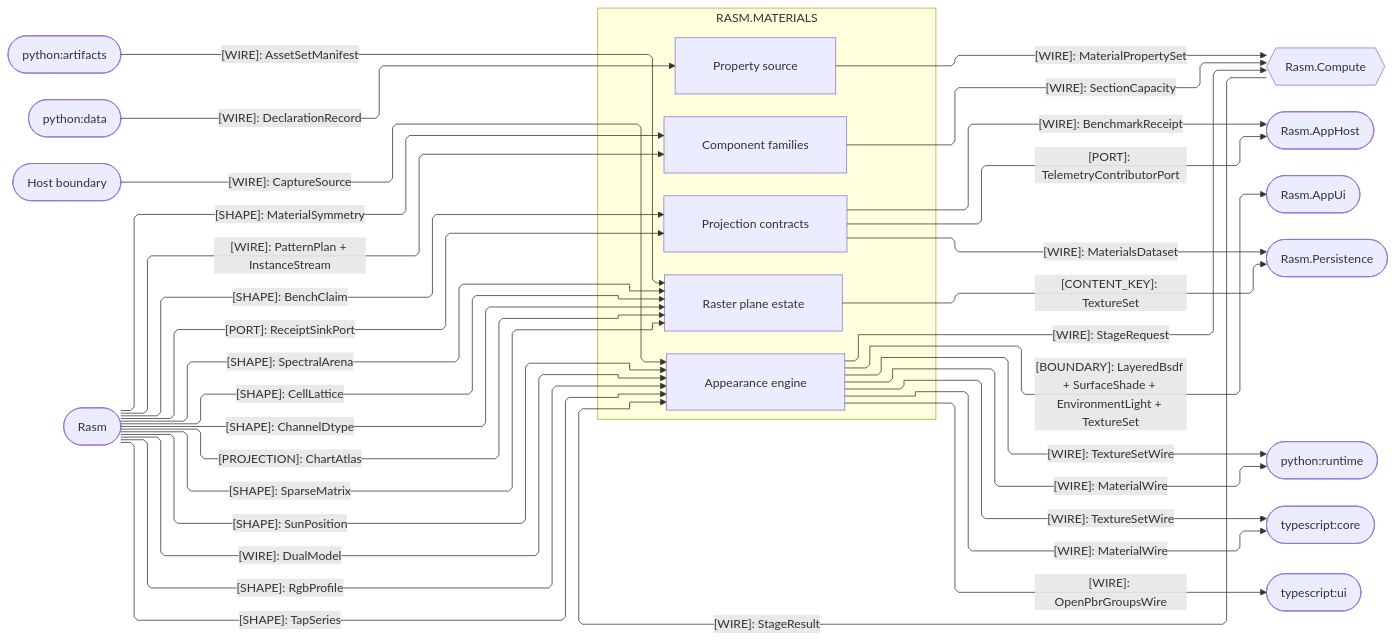
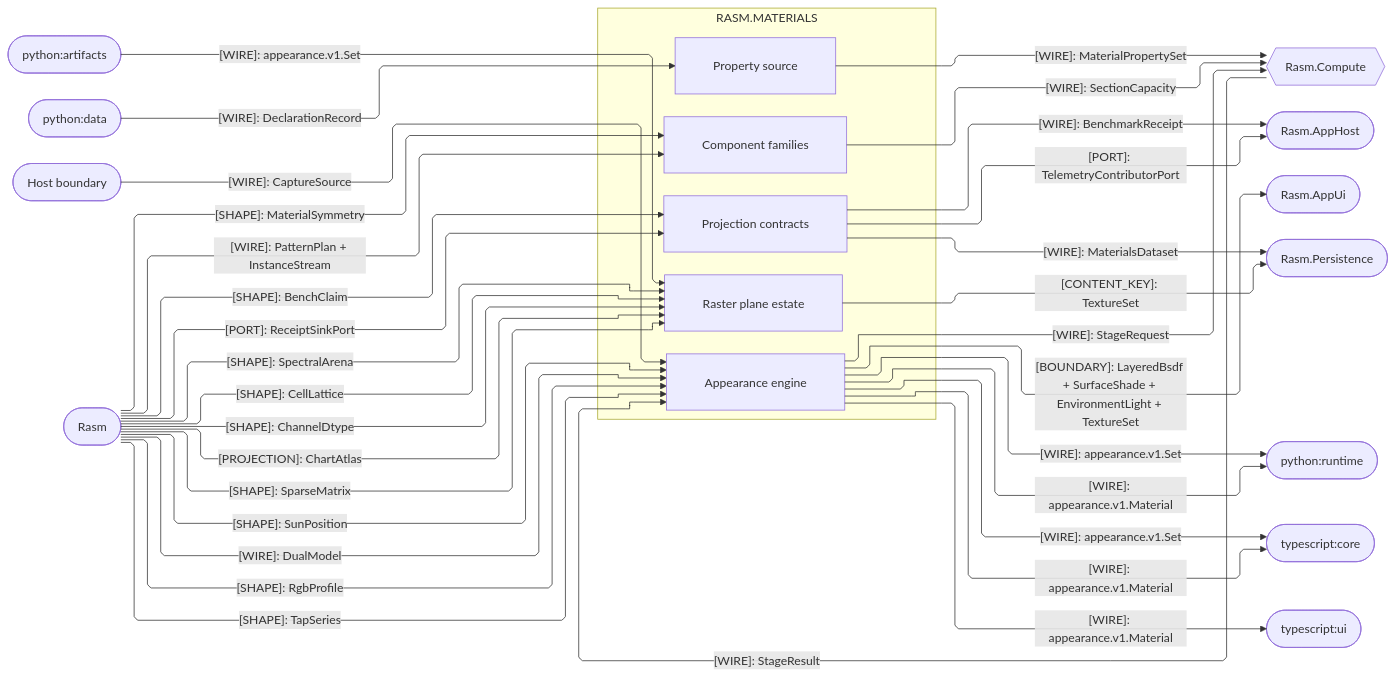
One commit to bsamiee/Rasm changed the third of 5 diagrams in libs/csharp/Rasm.Materials/ARCHITECTURE.md. Above: the diagram before and after it, drawn with Mermaid. The commit also changed other lines of this file and 820 other files, not shown here.

````diff
--- a/libs/csharp/Rasm.Materials/ARCHITECTURE.md
+++ b/libs/csharp/Rasm.Materials/ARCHITECTURE.md
@@ -152,60 +152,60 @@
 ```mermaid
 ---
 config:
   layout: elk
   flowchart:
     curve: linear
     padding: 25
 ---
 flowchart LR
     accTitle: Materials platform, compute, and cross-runtime seams
     accDescr: Which capacity, appearance, telemetry, and analytics contracts cross between Materials and the platform, host, and peer runtimes.
     subgraph materials[RASM.MATERIALS]
         Component[Component families]
         Properties[Property source]
         Appearance[Appearance engine]
         Raster[Raster plane estate]
         Projection[Projection contracts]
     end
     Compute{{Rasm.Compute}}
     AppHost([Rasm.AppHost])
     AppUi([Rasm.AppUi])
     Persistence([Rasm.Persistence])
     PyArtifacts([python:artifacts])
     PyData([python:data])
     PyRuntime([python:runtime])
     Core([typescript:core])
     Ui([typescript:ui])
     Host([Host boundary])
     Rasm([Rasm])
     Rasm e1@-->|"[SHAPE]: SunPosition"| Appearance
     Rasm e2@-->|"[SHAPE]: SpectralArena"| Raster
     Rasm e3@-->|"[SHAPE]: CellLattice"| Raster
     Rasm e4@-->|"[SHAPE]: ChannelDtype"| Raster
     Rasm e5@-->|"[PROJECTION]: ChartAtlas"| Raster
     Rasm e6@-->|"[WIRE]: DualModel"| Appearance
     Rasm e7@-->|"[WIRE]: PatternPlan + InstanceStream"| Component
     Rasm e8@-->|"[SHAPE]: MaterialSymmetry"| Component
     Rasm e9@-->|"[SHAPE]: RgbProfile"| Appearance
     Rasm e10@-->|"[SHAPE]: TapSeries"| Appearance
     Rasm e11@-->|"[SHAPE]: SparseMatrix"| Raster
     Rasm e12@-->|"[PORT]: ReceiptSinkPort"| Projection
     Rasm e13@-->|"[SHAPE]: BenchClaim"| Projection
     Component e14@-->|"[WIRE]: SectionCapacity"| Compute
     Properties e15@-->|"[WIRE]: MaterialPropertySet"| Compute
     Appearance e16@-->|"[WIRE]: StageRequest"| Compute
     Compute e17@-->|"[WIRE]: StageResult"| Appearance
     Appearance e18@-->|"[BOUNDARY]: LayeredBsdf + SurfaceShade + EnvironmentLight + TextureSet"| AppUi
-    Appearance e19@-->|"[WIRE]: MaterialWire"| Core
-    Appearance e20@-->|"[WIRE]: MaterialWire"| PyRuntime
-    Appearance e21@-->|"[WIRE]: TextureSetWire"| Core
-    Appearance e22@-->|"[WIRE]: TextureSetWire"| PyRuntime
-    Appearance e23@-->|"[WIRE]: OpenPbrGroupsWire"| Ui
-    PyArtifacts e24@-->|"[WIRE]: AssetSetManifest"| Raster
+    Appearance e19@-->|"[WIRE]: appearance.v1.Material"| Core
+    Appearance e20@-->|"[WIRE]: appearance.v1.Material"| PyRuntime
+    Appearance e21@-->|"[WIRE]: appearance.v1.Set"| Core
+    Appearance e22@-->|"[WIRE]: appearance.v1.Set"| PyRuntime
+    Appearance e23@-->|"[WIRE]: appearance.v1.Material"| Ui
+    PyArtifacts e24@-->|"[WIRE]: appearance.v1.Set"| Raster
     PyData e25@-->|"[WIRE]: DeclarationRecord"| Properties
     Host e26@-->|"[WIRE]: CaptureSource"| Appearance
     Projection e27@-->|"[PORT]: TelemetryContributorPort"| AppHost
     Projection e28@-->|"[WIRE]: BenchmarkReceipt"| AppHost
     Projection e29@-->|"[WIRE]: MaterialsDataset"| Persistence
     Raster e30@-->|"[CONTENT_KEY]: TextureSet"| Persistence
 ```
````
